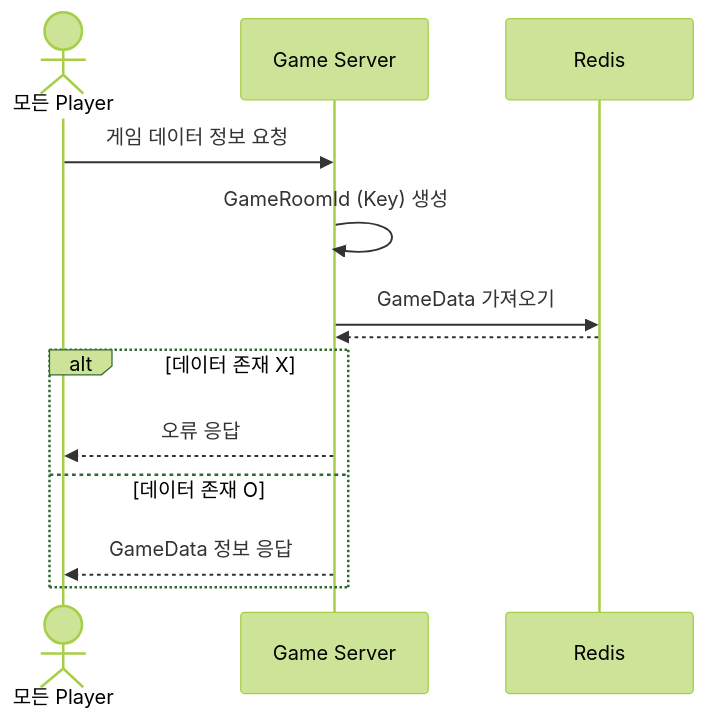
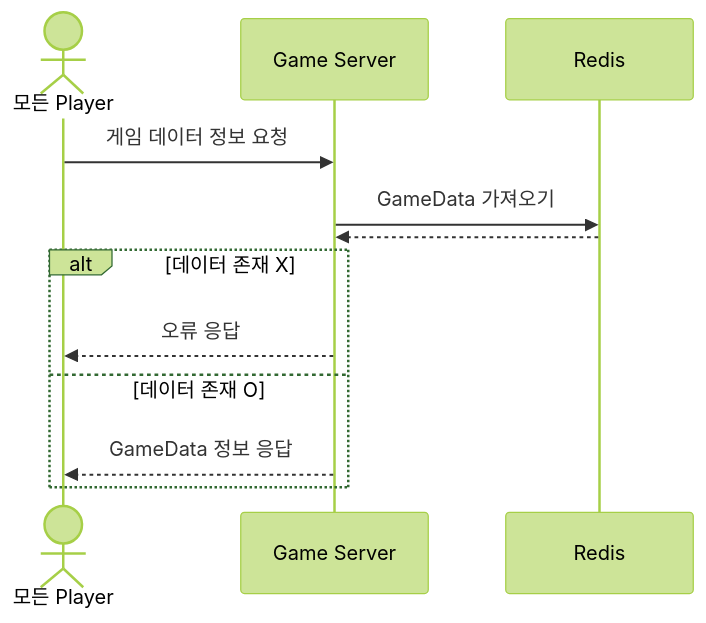
Before and after one commit to yujinS0/Omok-Game: the fourth of 4 diagrams in SequenceDiagram/GamePlay.md, drawn with Mermaid (forest theme). The commit also changed other lines of this file, not shown here.

````diff
--- a/SequenceDiagram/GamePlay.md
+++ b/SequenceDiagram/GamePlay.md
@@ -87,16 +91,15 @@
 ```mermaid
 sequenceDiagram
 	actor P as 모든 Player
 	participant G as Game Server
   	participant R as Redis
 
 	P ->> G: 게임 데이터 정보 요청
-	G ->> G : GameRoomId (Key) 생성
 	G ->> R : GameData 가져오기
 	R-->>G: 
 	alt 데이터 존재 X
 		G-->>P: 오류 응답
 	else 데이터 존재 O
 		G -->> P : GameData 정보 응답
 	end
 ```
````
